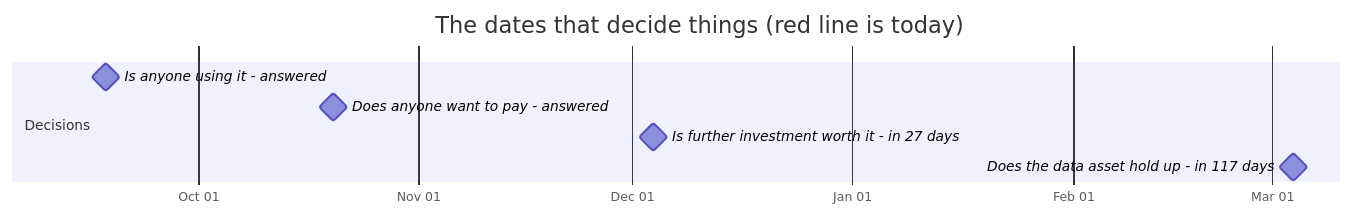
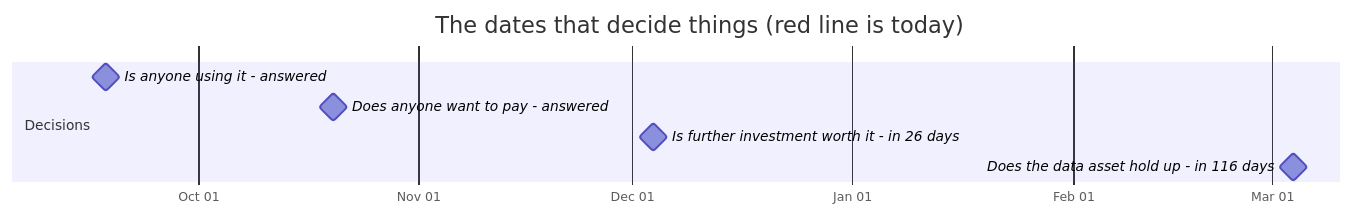
The first of 2 diagrams in docs/OWNER.md (jakegu1/vetagent), drawn with Mermaid before and after one commit. The commit also changed other lines of this file and 1 other file, not shown here.

````diff
--- a/docs/OWNER.md
+++ b/docs/OWNER.md
@@ -67,12 +67,12 @@
 ```mermaid
 gantt
     dateFormat YYYY-MM-DD
     axisFormat %b %d
     todayMarker stroke-width:3px,stroke:#d33,stroke-dasharray:0
     title The dates that decide things (red line is today)
     section Decisions
     Is anyone using it - answered :milestone, 2026-09-18, 0d
     Does anyone want to pay - answered :milestone, 2026-10-20, 0d
-    Is further investment worth it - in 27 days :milestone, 2026-12-04, 0d
-    Does the data asset hold up - in 117 days :milestone, 2027-03-04, 0d
+    Is further investment worth it - in 26 days :milestone, 2026-12-04, 0d
+    Does the data asset hold up - in 116 days :milestone, 2027-03-04, 0d
 ```
````
